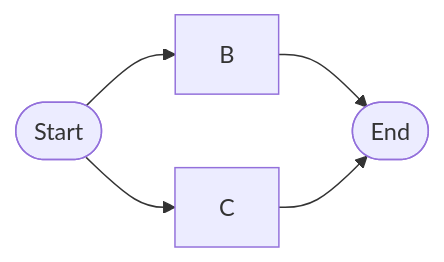
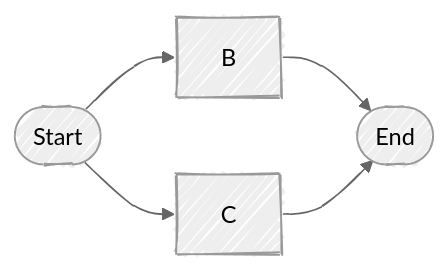
The second of 2 diagrams in simplelow.md (mkarau/testMermaid), drawn with Mermaid before and after one commit.

````diff
--- a/simplelow.md
+++ b/simplelow.md
@@ -9,7 +9,12 @@
 ```mermaid
-  flowchart LR;
+---
+config:
+      look: handDrawn
+      theme: neutral
+---
+flowchart LR;
       A([Start])-->B;
       A-->C;
       B-->D;
       C-->D([End]);
 ```
````
